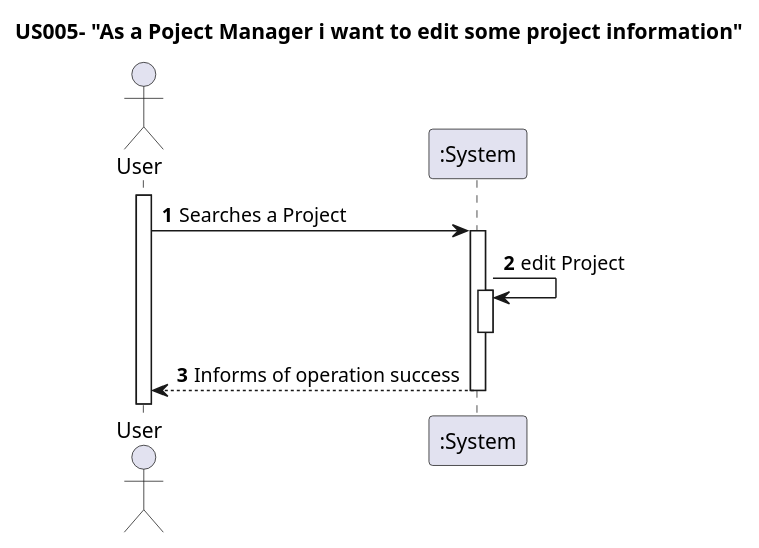
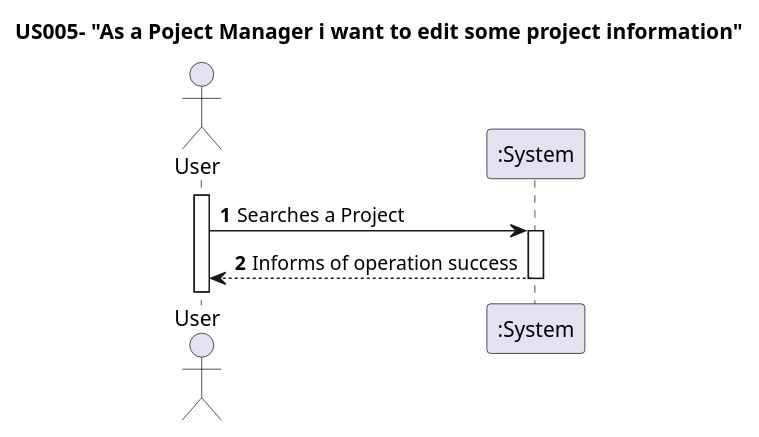
The diagram in docs/Sprint1/US008/US008-SSD.puml (nunogon1211787/projectManagement), drawn with PlantUML before and after one commit. The commit also changed 152 other files, not shown here.

```diff
--- a/docs/Sprint1/US008/US008-SSD.puml
+++ b/docs/Sprint1/US008/US008-SSD.puml
@@ -1,19 +1,17 @@
 @startuml
 'https://plantuml.com/sequence-diagram
 
 title US005- "As a Poject Manager i want to edit some project information"
 
 autoactivate on
 autonumber
 
 actor "User" as User
 participant ":System" as System
 
 activate User
 
 User -> System: Searches a Project
-System -> System: edit Project
-deactivate
 System --> User: Informs of operation success
 
 @enduml
```
